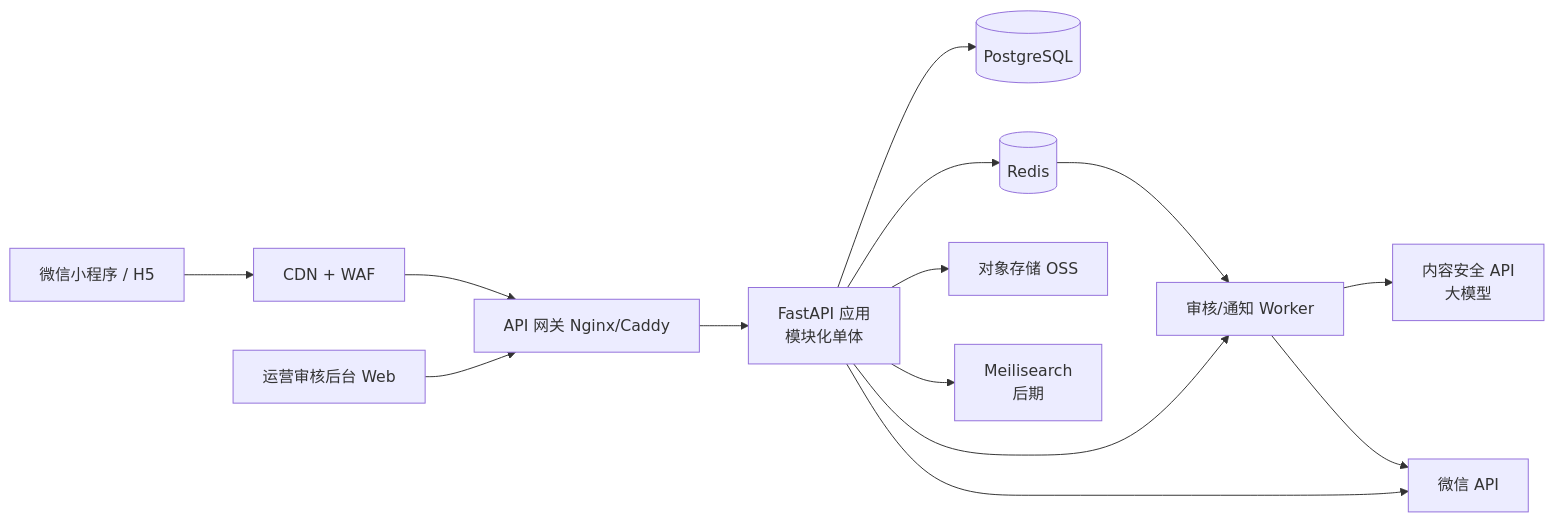
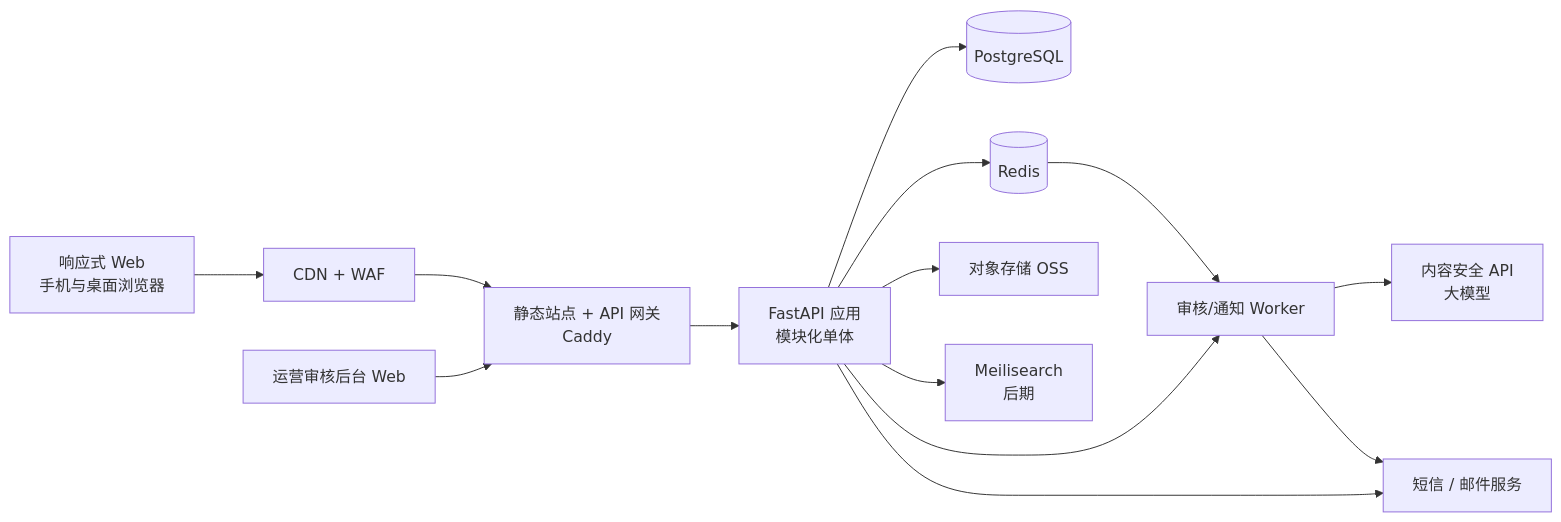
Before and after one commit to Clover1218/CareerQ: the first of 3 diagrams in docs/技术方案-职问桥.md, drawn with Mermaid. The commit also changed other lines of this file and 5 other files, not shown here.

````diff
--- a/docs/技术方案-职问桥.md
+++ b/docs/技术方案-职问桥.md
@@ -36,16 +36,16 @@
 ```mermaid
 flowchart LR
-    A[微信小程序 / H5] --> B[CDN + WAF]
-    B --> C[API 网关 Nginx/Caddy]
+    A[响应式 Web<br/>手机与桌面浏览器] --> B[CDN + WAF]
+    B --> C[静态站点 + API 网关<br/>Caddy]
     C --> D[FastAPI 应用<br/>模块化单体]
     E[运营审核后台 Web] --> C
     D --> F[(PostgreSQL)]
     D --> G[(Redis)]
     D --> H[对象存储 OSS]
     D --> I[Meilisearch<br/>后期]
     D --> J[审核/通知 Worker]
     G --> J
     J --> K[内容安全 API<br/>大模型]
-    D --> L[微信 API]
+    D --> L[短信 / 邮件服务]
     J --> L
 ```
````
